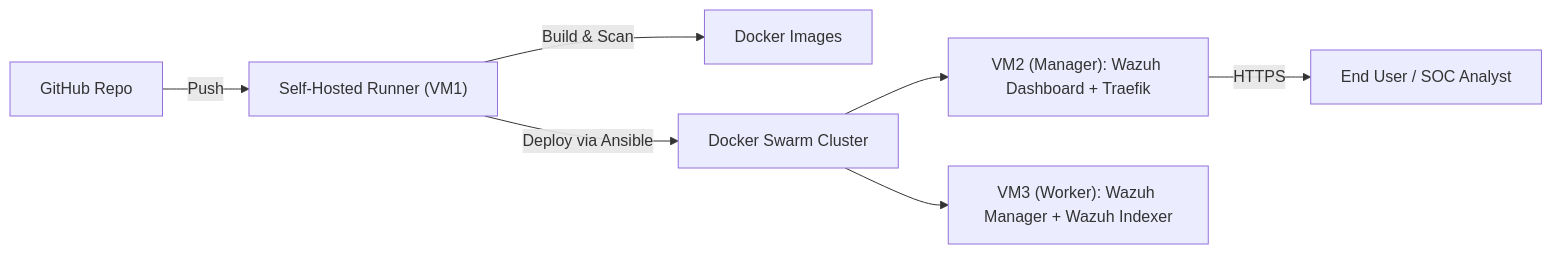
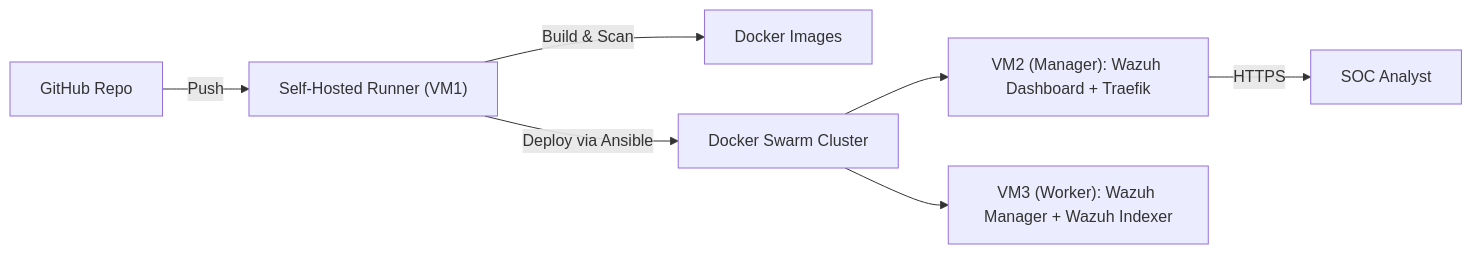
The diagram in README.md (AshBloom12/Mini_SOC), drawn with Mermaid before and after one commit. The commit also changed 1 other file, not shown here.

````diff
--- a/README.md
+++ b/README.md
@@ -30,9 +30,9 @@
 ```mermaid
 flowchart LR
     GH[GitHub Repo] -->|Push| Runner["Self-Hosted Runner (VM1)"]
     Runner -->|Build & Scan| DockerImages["Docker Images"]
     Runner -->|Deploy via Ansible| Swarm["Docker Swarm Cluster"]
     Swarm --> VM2["VM2 (Manager): Wazuh Dashboard + Traefik"]
     Swarm --> VM3["VM3 (Worker): Wazuh Manager + Wazuh Indexer"]
-    VM2 -->|HTTPS| User["End User / SOC Analyst"]
+    VM2 -->|HTTPS| User["SOC Analyst"]
 ```
````
